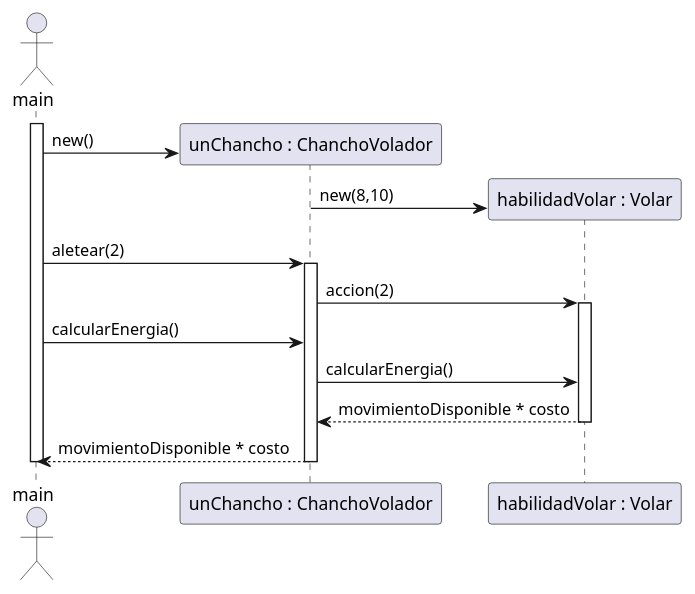
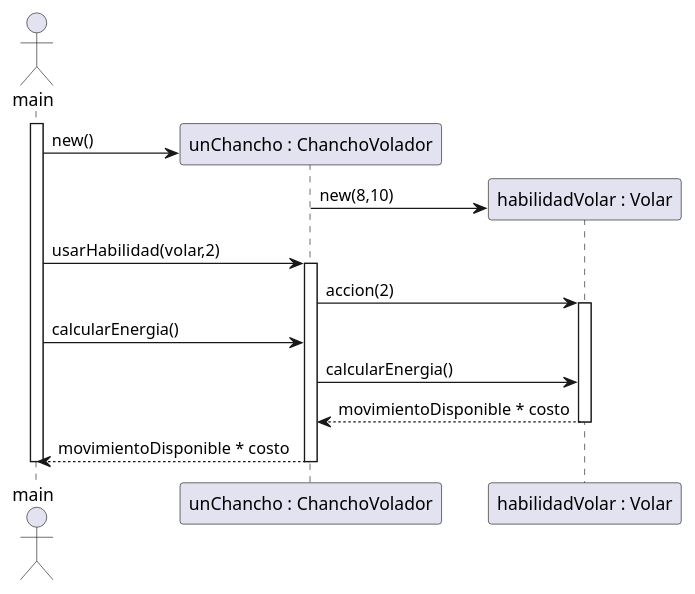
Before and after one commit to Mortha4/algoritmos3-parciales-Suarez: the diagram in GranjaOrson1C2026/diagrama/casoDeUso1.puml, drawn with PlantUML. The commit also changed 5 other files, not shown here.

```diff
--- a/GranjaOrson1C2026/diagrama/casoDeUso1.puml
+++ b/GranjaOrson1C2026/diagrama/casoDeUso1.puml
@@ -1,33 +1,33 @@
 @startuml
 
 'calcular energia de chancho volador despues de 2 aleteos'
 
 
 actor main
 activate main
 
 create participant "unChancho : ChanchoVolador" as chancho1
 main -> chancho1 : new()
 create participant "habilidadVolar : Volar" as volarChancho
 chancho1 -> volarChancho : new(8,10)
 
    
-main -> chancho1 : aletear(2)
+main -> chancho1 : usarHabilidad(volar,2)
 activate chancho1
 chancho1 -> volarChancho: accion(2)
 activate volarChancho
 main -> chancho1 : calcularEnergia()
 chancho1 -> volarChancho : calcularEnergia()
 volarChancho --> chancho1 : movimientoDisponible * costo
 deactivate volarChancho
 chancho1 --> main : movimientoDisponible * costo
 deactivate chancho1
 deactivate main
 
 
 
 
 
 
 
 @enduml
```
